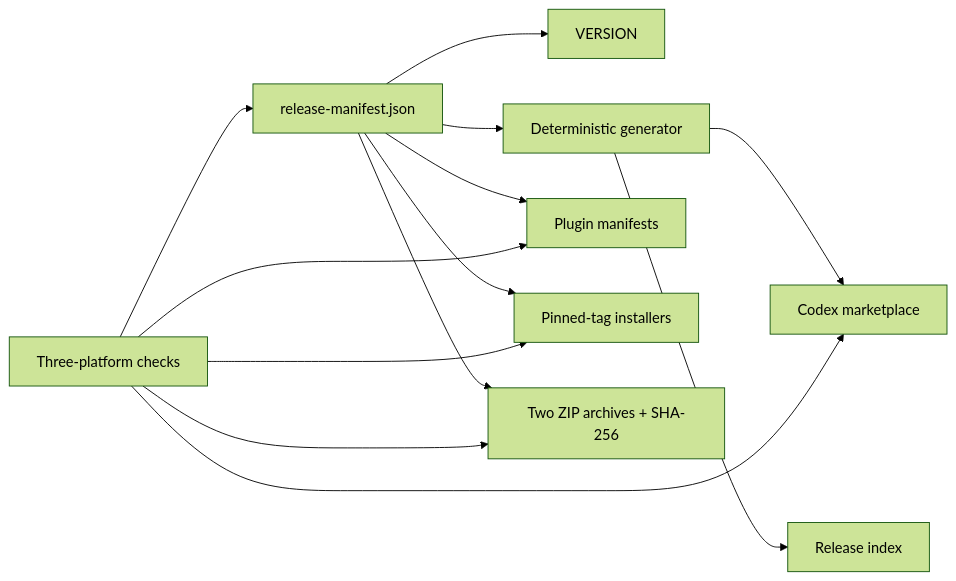
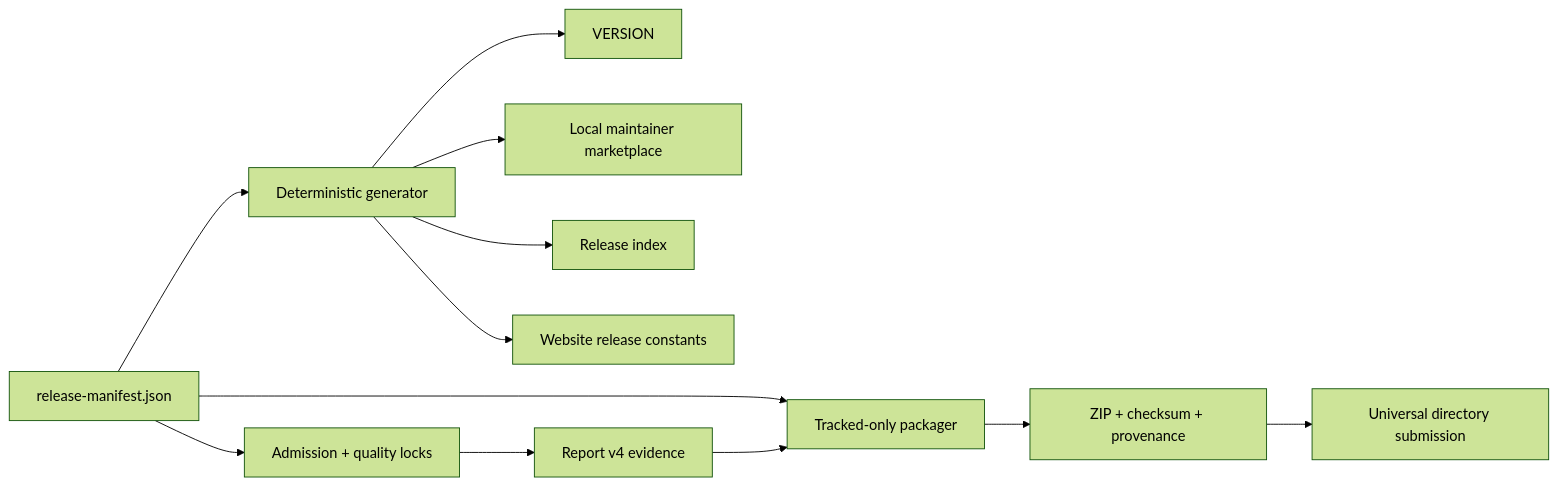
Before and after one commit to gloamere/Tessera: the diagram in docs/ARCHITECTURE.md, drawn with Mermaid (forest theme). The commit also changed other lines of this file and 131 other files, not shown here.

````diff
--- a/docs/ARCHITECTURE.md
+++ b/docs/ARCHITECTURE.md
@@ -31,15 +30,14 @@
 ```mermaid
 flowchart LR
-    R["release-manifest.json"] --> V["VERSION"]
-    R --> G["Deterministic generator"]
-    G --> M["Codex marketplace"]
+    R["release-manifest.json"] --> G["Deterministic generator"]
+    G --> V["VERSION"]
+    G --> M["Local maintainer marketplace"]
     G --> X["Release index"]
-    R --> P["Plugin manifests"]
-    R --> I["Pinned-tag installers"]
-    R --> Z["Two ZIP archives + SHA-256"]
-    C["Three-platform checks"] --> R
-    C --> M
-    C --> P
-    C --> I
-    C --> Z
+    G --> W["Website release constants"]
+    R --> A["Admission + quality locks"]
+    A --> E["Report v4 evidence"]
+    R --> P["Tracked-only packager"]
+    E --> P
+    P --> Z["ZIP + checksum + provenance"]
+    Z --> D["Universal directory submission"]
 ```
````
